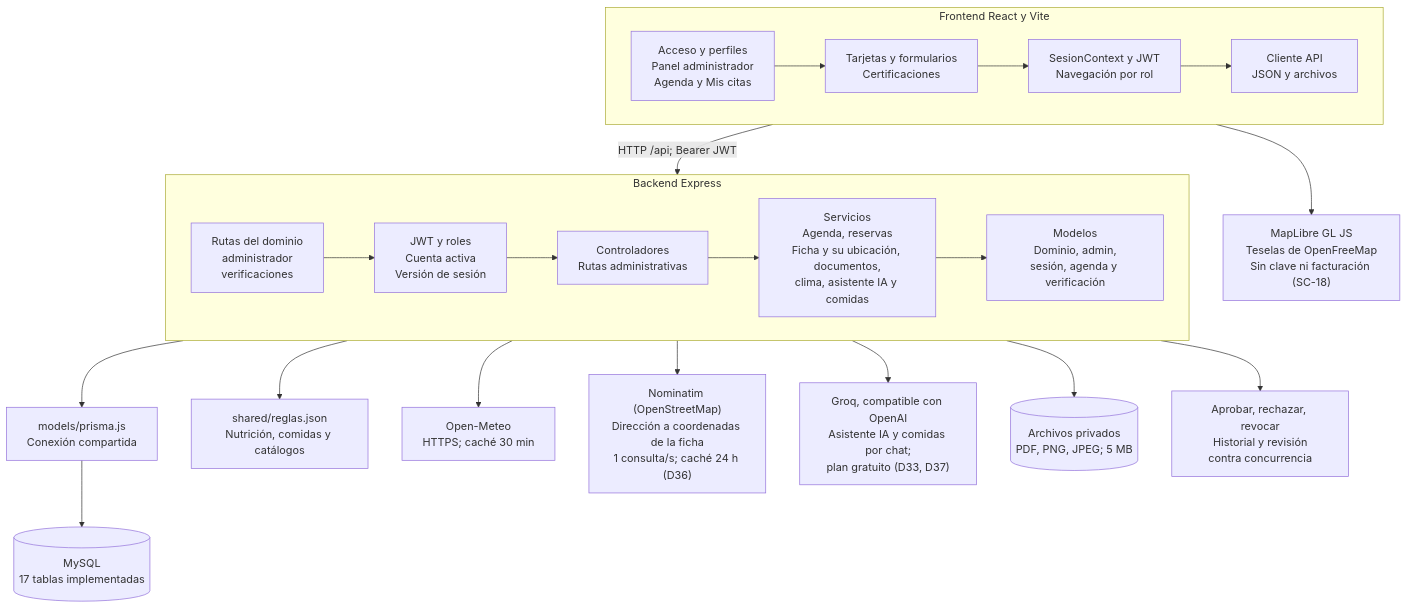
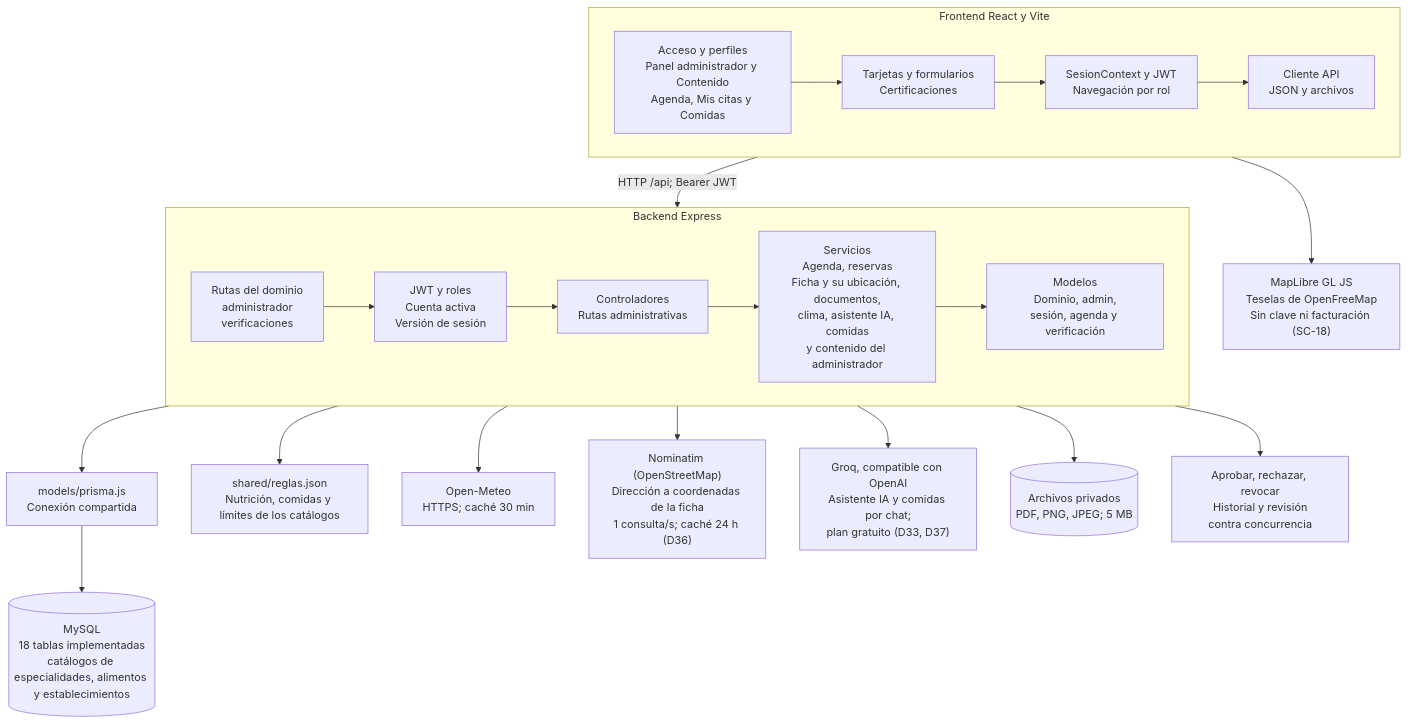
One commit to rodriacr/FitSearch changed the diagram in FASE 2/Evidencias Proyecto/Evidencias de documentación/Diagramas (Miro)/Actualización Sprint 3/07_Vista_de_Desarrollo.mmd. Above: the diagram before and after it, drawn with Mermaid. The commit also changed 16 other files, not shown here.

Commit message:
docs: DAS 1.31 con estadísticas de comidas y contenido del administrador (FS-HU-26 y FS-HU-30)

```diff
--- a/FASE 2/Evidencias Proyecto/Evidencias de documentación/Diagramas (Miro)/Actualización Sprint 3/07_Vista_de_Desarrollo.mmd
+++ b/FASE 2/Evidencias Proyecto/Evidencias de documentación/Diagramas (Miro)/Actualización Sprint 3/07_Vista_de_Desarrollo.mmd
@@ -1,28 +1,28 @@
 flowchart TB
   subgraph SPA[Frontend React y Vite]
     direction LR
-    P["Acceso y perfiles<br/>Panel administrador<br/>Agenda y Mis citas"]
+    P["Acceso y perfiles<br/>Panel administrador y Contenido<br/>Agenda, Mis citas y Comidas"]
     C["Tarjetas y formularios<br/>Certificaciones"]
     S["SesionContext y JWT<br/>Navegación por rol"]
     A["Cliente API<br/>JSON y archivos"]
     P --> C --> S --> A
   end
   subgraph API[Backend Express]
     direction LR
     R["Rutas del dominio<br/>administrador<br/>verificaciones"]
     M["JWT y roles<br/>Cuenta activa<br/>Versión de sesión"]
     K["Controladores<br/>Rutas administrativas"]
-    V["Servicios<br/>Agenda, reservas<br/>Ficha y su ubicación, documentos,<br/>clima, asistente IA y comidas"]
+    V["Servicios<br/>Agenda, reservas<br/>Ficha y su ubicación, documentos,<br/>clima, asistente IA, comidas<br/>y contenido del administrador"]
     D["Modelos<br/>Dominio, admin,<br/>sesión, agenda y verificación"]
     R --> M --> K --> V --> D
   end
   SPA -->|"HTTP /api; Bearer JWT"| API
   API --> PR["models/prisma.js<br/>Conexión compartida"]
-  PR --> DB[("MySQL<br/>17 tablas implementadas")]
-  API --> G["shared/reglas.json<br/>Nutrición, comidas y catálogos"]
+  PR --> DB[("MySQL<br/>18 tablas implementadas<br/>catálogos de especialidades, alimentos y establecimientos")]
+  API --> G["shared/reglas.json<br/>Nutrición, comidas y límites de los catálogos"]
   API --> O["Open-Meteo<br/>HTTPS; caché 30 min"]
   API --> NM["Nominatim (OpenStreetMap)<br/>Dirección a coordenadas de la ficha<br/>1 consulta/s; caché 24 h (D36)"]
   API --> IA["Groq, compatible con OpenAI<br/>Asistente IA y comidas por chat;<br/>plan gratuito (D33, D37)"]
   API --> F[("Archivos privados<br/>PDF, PNG, JPEG; 5 MB")]
   API --> N["Aprobar, rechazar, revocar<br/>Historial y revisión<br/>contra concurrencia"]
   SPA --> GM["MapLibre GL JS<br/>Teselas de OpenFreeMap<br/>Sin clave ni facturación (SC-18)"]
```
